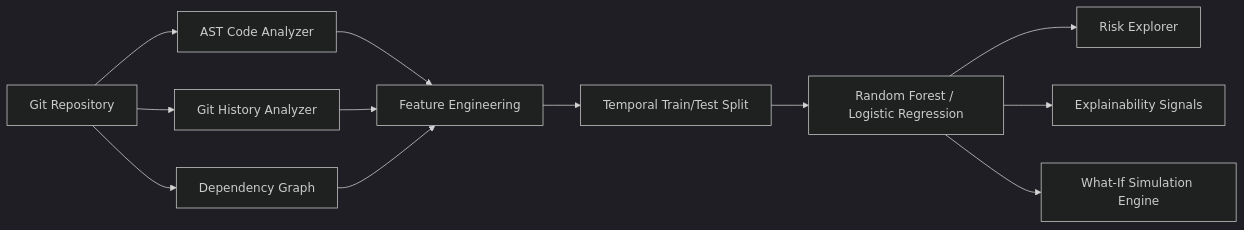
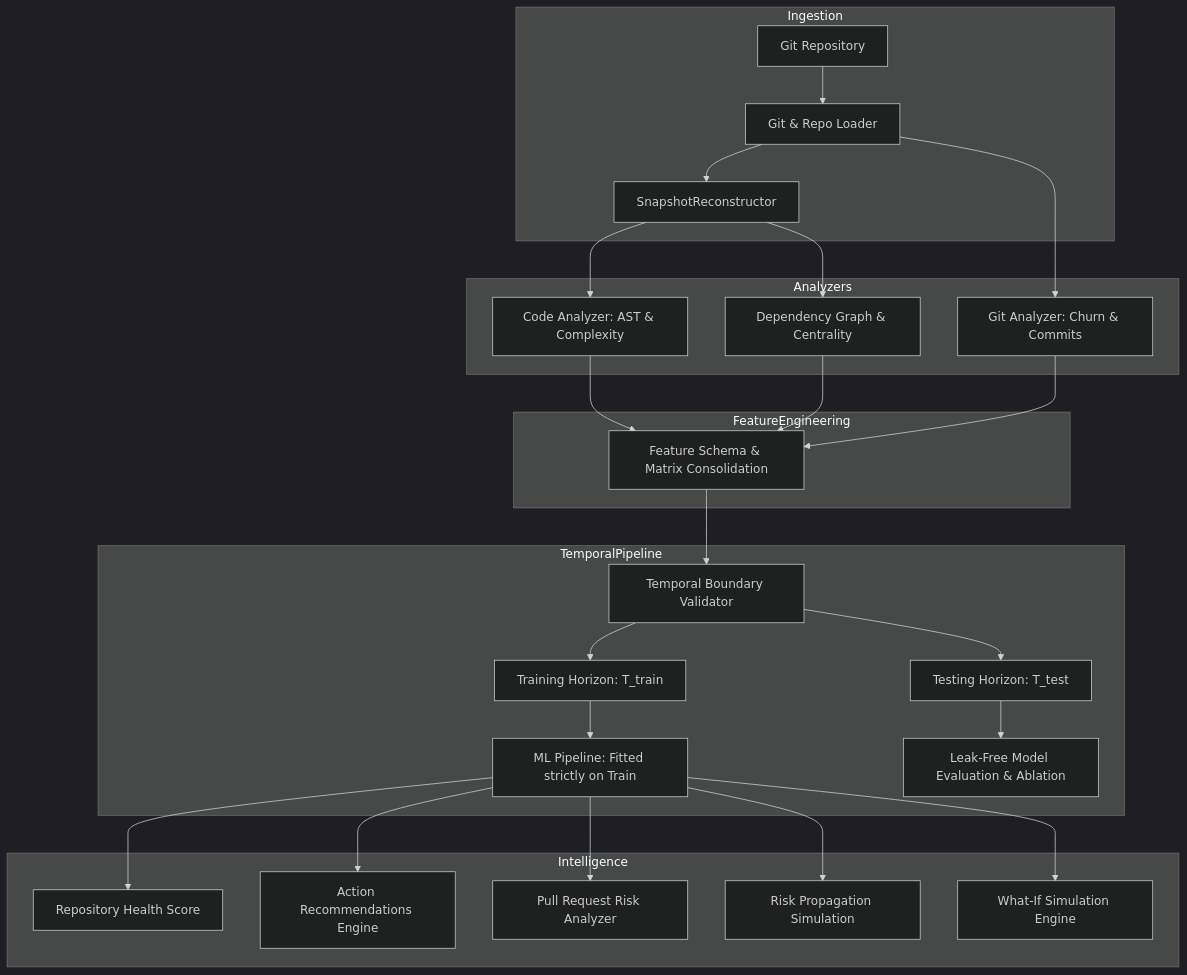
Before and after one commit to HarshG045/Softpluse: the diagram in README.md, drawn with Mermaid (dark theme). The commit also changed other lines of this file and 40 other files, not shown here.

````diff
--- a/README.md
+++ b/README.md
@@ -38,17 +50,35 @@
 ```mermaid
-flowchart LR
-    Repo[Git Repository] --> CodeAST[AST Code Analyzer]
-    Repo --> GitHist[Git History Analyzer]
-    Repo --> DepGraph[Dependency Graph]
-    
-    CodeAST --> FeatEng[Feature Engineering]
-    GitHist --> FeatEng
-    DepGraph --> FeatEng
-    
-    FeatEng --> TempSplit[Temporal Train/Test Split]
-    TempSplit --> ML[Random Forest / Logistic Regression]
-    
-    ML --> RiskPred[Risk Explorer]
-    ML --> Explain[Explainability Signals]
-    ML --> WhatIf[What-If Simulation Engine]
+flowchart TD
+    subgraph Ingestion
+        Repo[Git Repository] --> Loader[Git & Repo Loader]
+        Loader --> Tree[SnapshotReconstructor]
+    end
+
+    subgraph Analyzers
+        Tree --> AST[Code Analyzer: AST & Complexity]
+        Loader --> GitHist[Git Analyzer: Churn & Commits]
+        Tree --> DepGraph[Dependency Graph & Centrality]
+    end
+
+    subgraph FeatureEngineering
+        AST --> Feat[Feature Schema & Matrix Consolidation]
+        GitHist --> Feat
+        DepGraph --> Feat
+    end
+
+    subgraph TemporalPipeline
+        Feat --> Split[Temporal Boundary Validator]
+        Split --> TrainObs[Training Horizon: T_train]
+        Split --> TestObs[Testing Horizon: T_test]
+        TrainObs --> Model[ML Pipeline: Fitted strictly on Train]
+        TestObs --> Eval[Leak-Free Model Evaluation & Ablation]
+    end
+
+    subgraph Intelligence
+        Model --> Health[Repository Health Score]
+        Model --> Recs[Action Recommendations Engine]
+        Model --> PR[Pull Request Risk Analyzer]
+        Model --> Prop[Risk Propagation Simulation]
+        Model --> WhatIf[What-If Simulation Engine]
+    end
 ```
````
